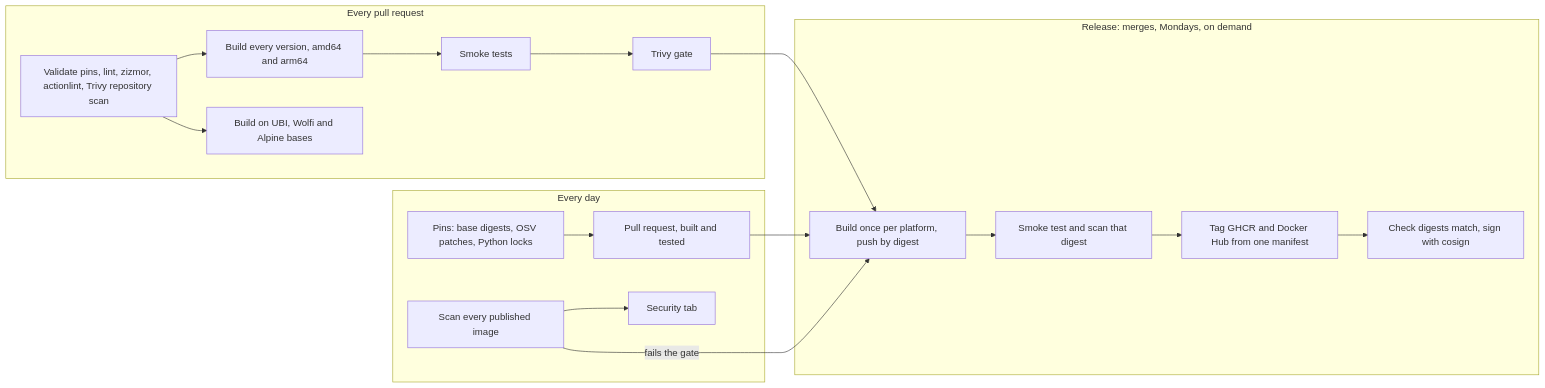
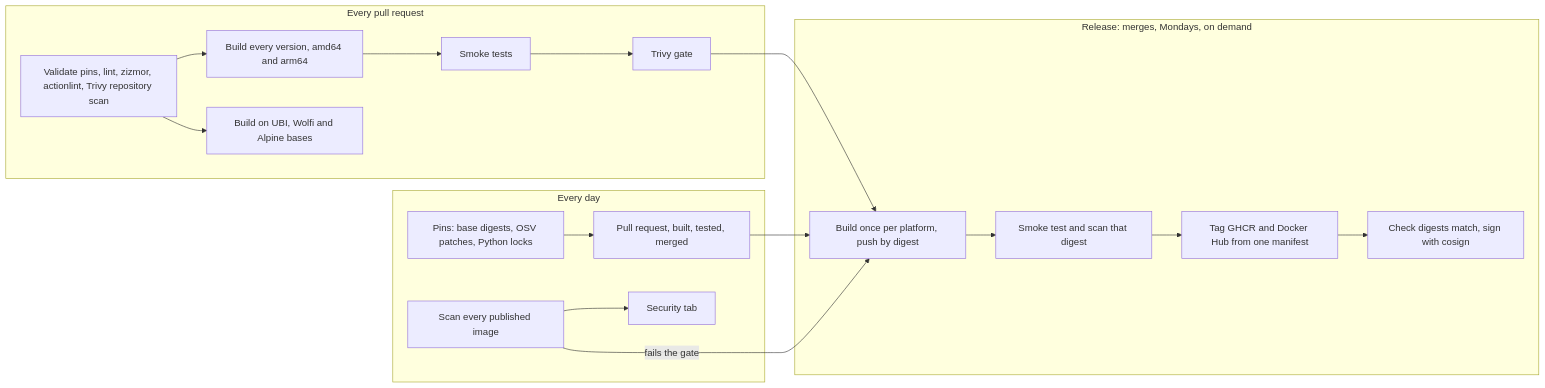
One commit to libre-devops/container-images changed the diagram in README.md. Above: the diagram before and after it, drawn with Mermaid. The commit also changed other lines of this file and 7 other files, not shown here.

````diff
--- a/README.md
+++ b/README.md
@@ -329,19 +329,19 @@
 ```mermaid
 flowchart LR
   subgraph pr["Every pull request"]
     check["Validate pins, lint, zizmor, actionlint, Trivy repository scan"] --> build["Build every version, amd64 and arm64"]
     build --> test["Smoke tests"] --> gate["Trivy gate"]
     check --> port["Build on UBI, Wolfi and Alpine bases"]
   end
   subgraph release["Release: merges, Mondays, on demand"]
     push["Build once per platform, push by digest"] --> verify["Smoke test and scan that digest"]
     verify --> tag["Tag GHCR and Docker Hub from one manifest"] --> sign["Check digests match, sign with cosign"]
   end
   subgraph daily["Every day"]
-    pins["Pins: base digests, OSV patches, Python locks"] --> prs["Pull request, built and tested"]
+    pins["Pins: base digests, OSV patches, Python locks"] --> prs["Pull request, built, tested, merged"]
     scan["Scan every published image"] --> tab["Security tab"]
   end
   gate --> push
   prs --> push
   scan -- "fails the gate" --> push
 ```
````
